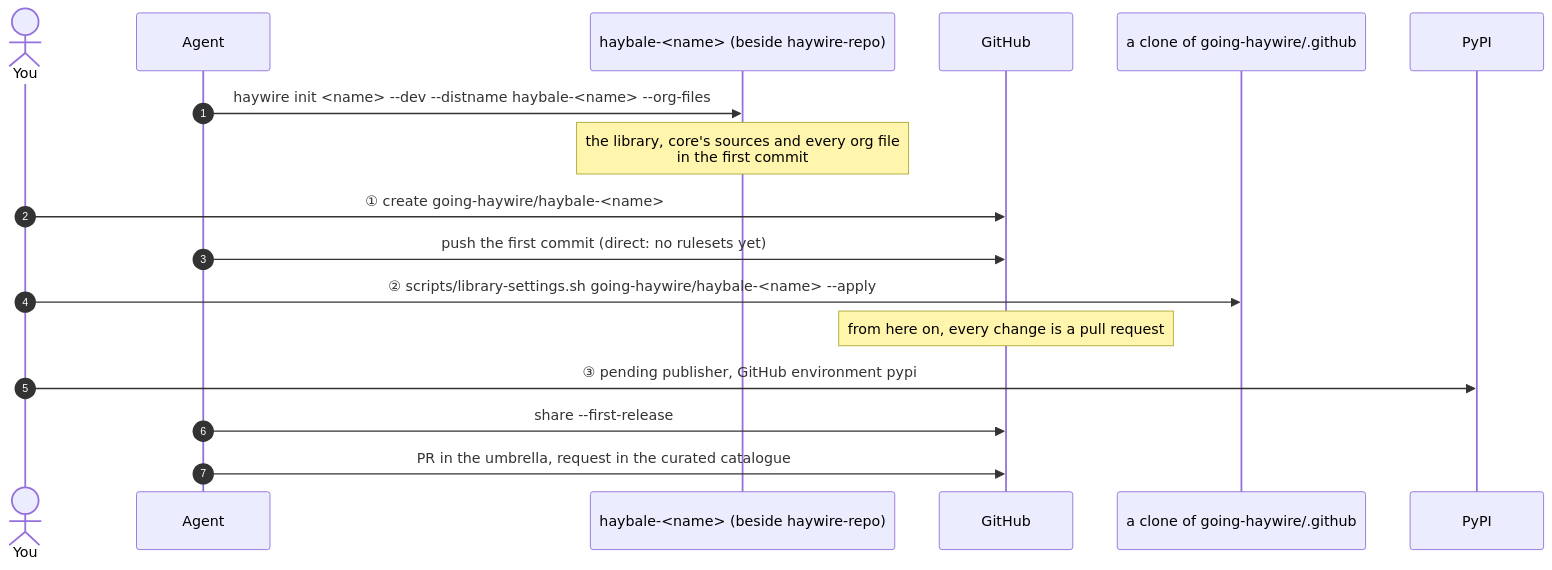
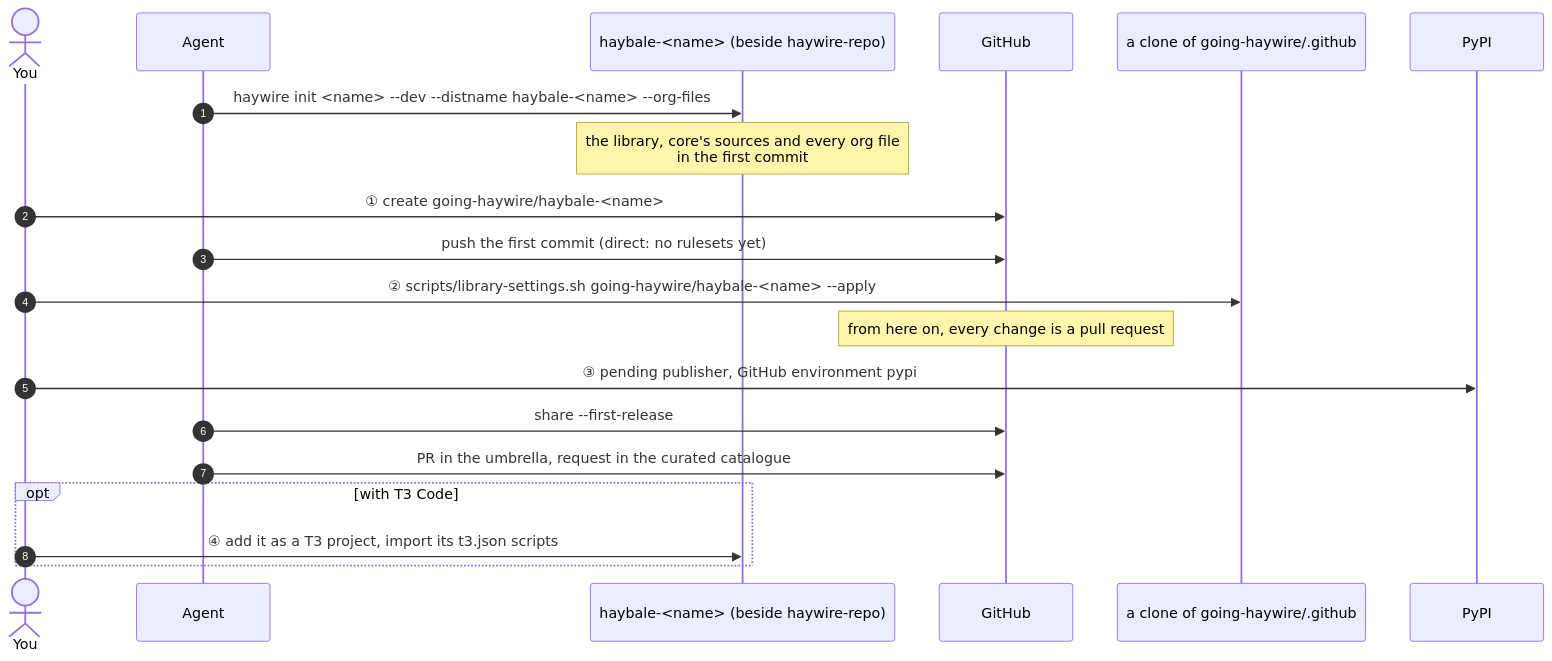
Before and after one commit to going-haywire/haywire: the diagram in docs/collaboration/new-org-library.md, drawn with Mermaid. The commit also changed other lines of this file and 7 other files, not shown here.

````diff
--- a/docs/collaboration/new-org-library.md
+++ b/docs/collaboration/new-org-library.md
@@ -21,20 +21,23 @@
 ```mermaid
 sequenceDiagram
     autonumber
     actor You
     participant Agent
     participant Lib as haybale-<name> (beside haywire-repo)
     participant GH as GitHub
     participant Org as a clone of going-haywire/.github
     participant PyPI
 
     Agent->>Lib: haywire init <name> --dev --distname haybale-<name> --org-files
     Note over Lib: the library, core's sources and every org file<br/>in the first commit
     You->>GH: ① create going-haywire/haybale-<name>
     Agent->>GH: push the first commit (direct: no rulesets yet)
     You->>Org: ② scripts/library-settings.sh going-haywire/haybale-<name> --apply
     Note over GH: from here on, every change is a pull request
     You->>PyPI: ③ pending publisher, GitHub environment pypi
     Agent->>GH: share --first-release
     Agent->>GH: PR in the umbrella, request in the curated catalogue
+    opt with T3 Code
+        You->>Lib: ④ add it as a T3 project, import its t3.json scripts
+    end
 ```
````
